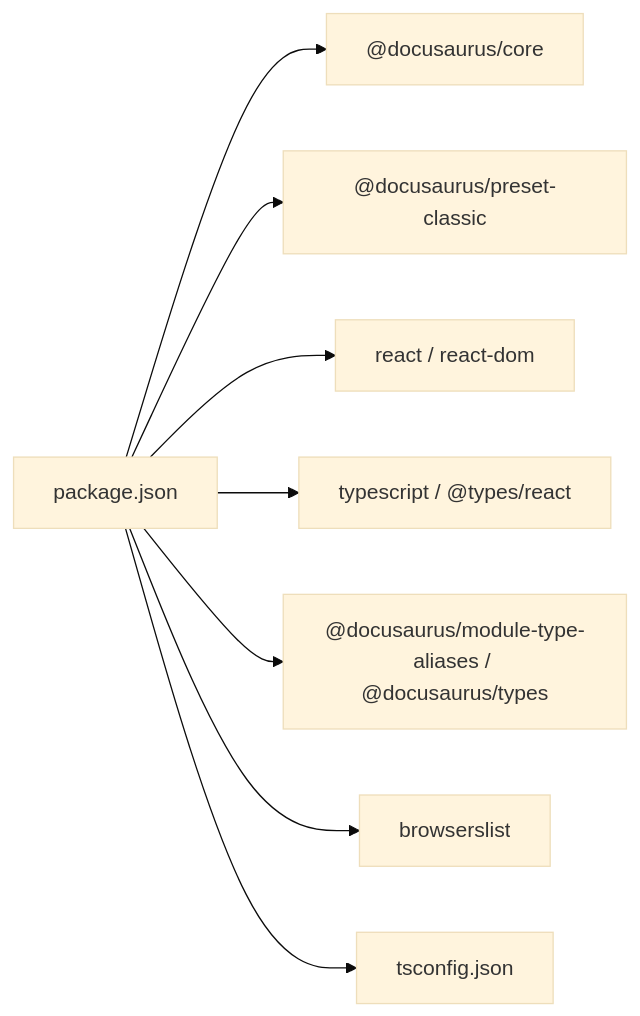
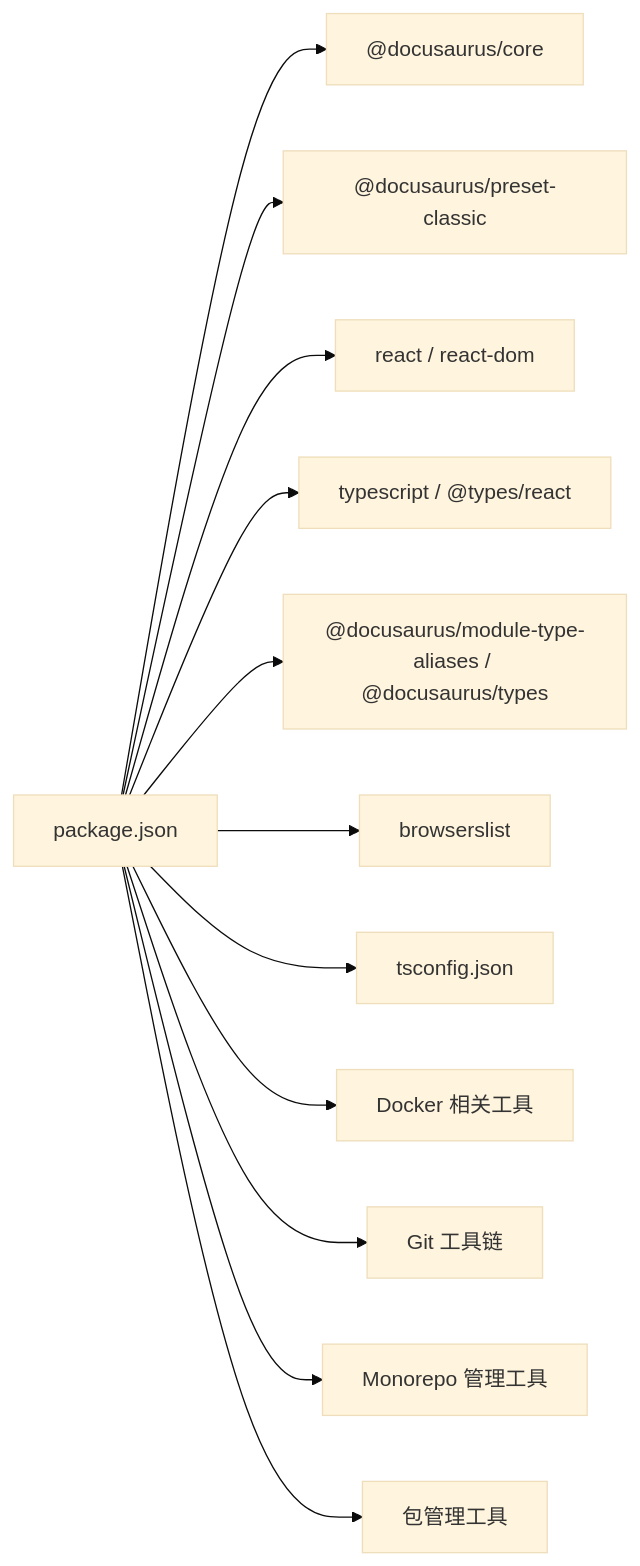
Diagram 11 of 11 in .qoder/repowiki/zh/content/工程化实践/工程化实践.md (UnicornXU/knowledge-base), drawn with Mermaid (base theme) before and after one commit. The commit also changed other lines of this file and 7 other files, not shown here.

````diff
--- a/.qoder/repowiki/zh/content/工程化实践/工程化实践.md
+++ b/.qoder/repowiki/zh/content/工程化实践/工程化实践.md
@@ -211,10 +329,14 @@
 ```mermaid
 graph LR
 Pkg["package.json"] --> Core["@docusaurus/core"]
 Pkg --> Preset["@docusaurus/preset-classic"]
 Pkg --> React["react / react-dom"]
 Pkg --> TS["typescript / @types/react"]
 Pkg --> Tools["@docusaurus/module-type-aliases / @docusaurus/types"]
 Pkg --> Browsers["browserslist"]
 Pkg --> TSCfg["tsconfig.json"]
+Pkg --> Docker["Docker 相关工具"]
+Pkg --> GitTools["Git 工具链"]
+Pkg --> Monorepo["Monorepo 管理工具"]
+Pkg --> PackageManager["包管理工具"]
 ```
````
